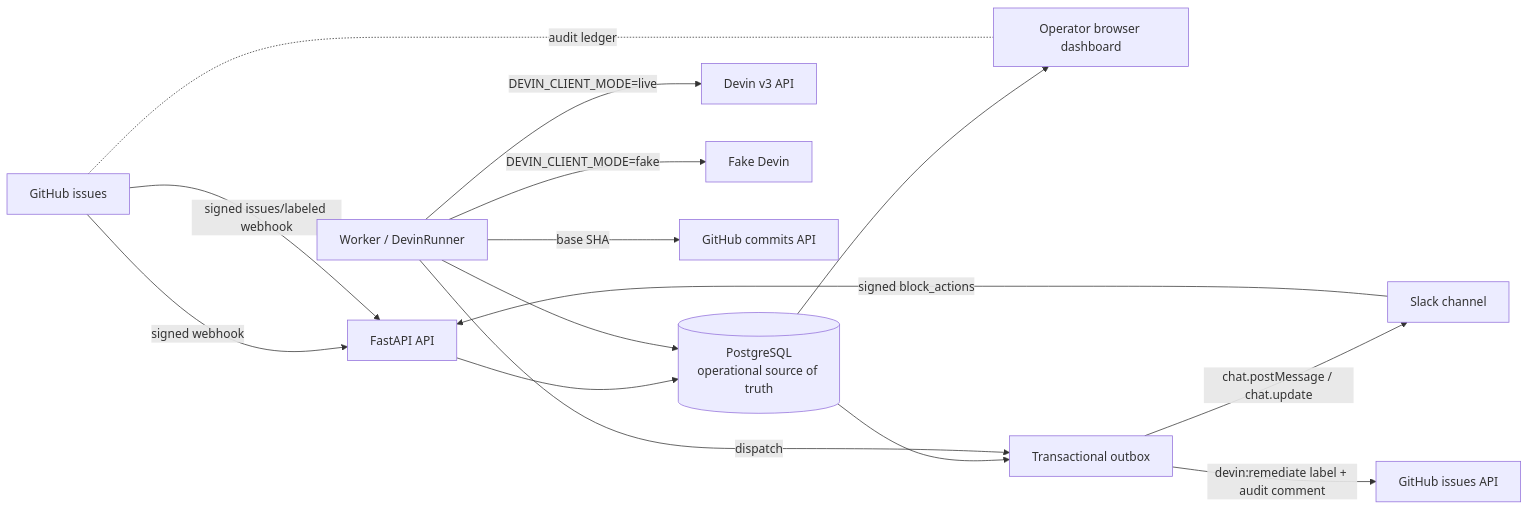
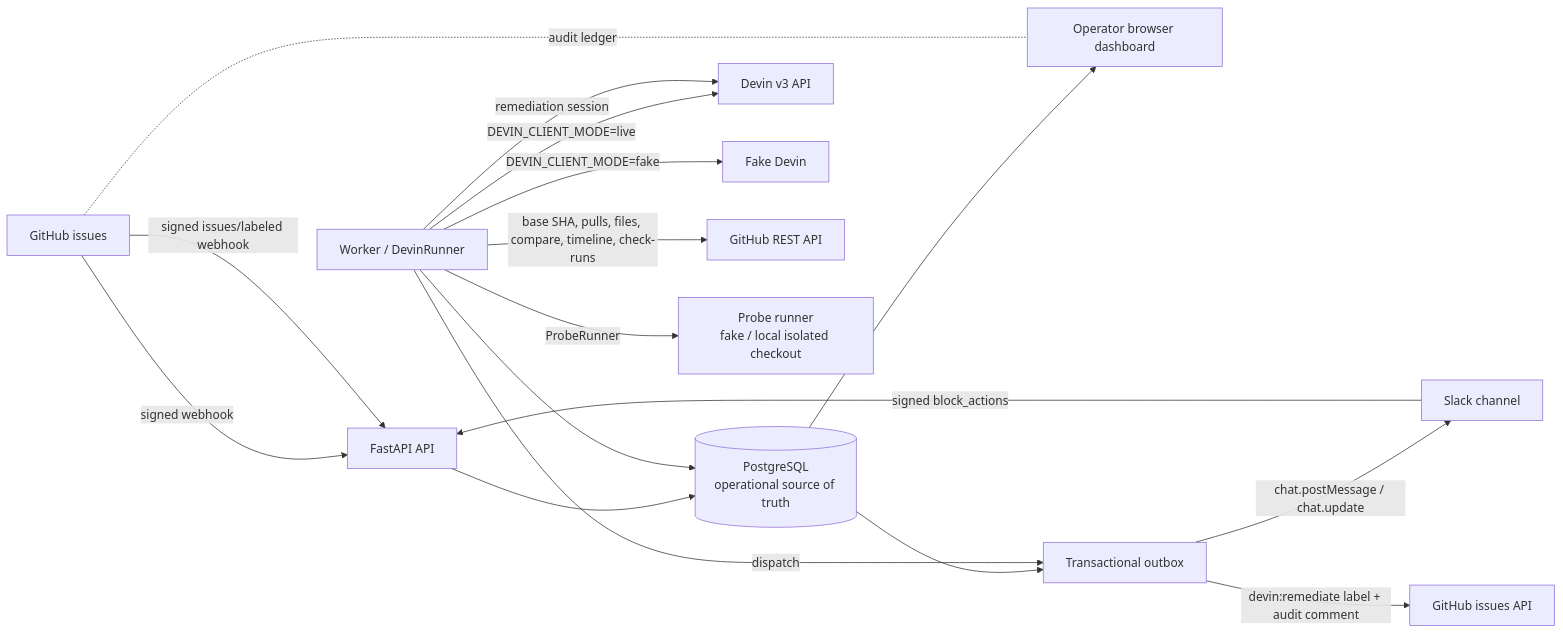
One commit to marcelaubry/superset-devin-remediator changed the first of 2 diagrams in docs/architecture.md. Above: the diagram before and after it, drawn with Mermaid. The commit also changed other lines of this file and 93 other files, not shown here.

````diff
--- a/docs/architecture.md
+++ b/docs/architecture.md
@@ -45,17 +62,19 @@
 ```mermaid
 flowchart LR
   GH[GitHub issues] -->|signed webhook| API[FastAPI API]
   API --> DB[(PostgreSQL\noperational source of truth)]
   W[Worker / DevinRunner] --> DB
   W -->|DEVIN_CLIENT_MODE=live| L[Devin v3 API]
   W -->|DEVIN_CLIENT_MODE=fake| D[Fake Devin]
-  W -->|base SHA| GHAPI[GitHub commits API]
+  W -->|base SHA, pulls, files, compare, timeline, check-runs| GHAPI[GitHub REST API]
+  W -->|ProbeRunner| P[Probe runner\nfake / local isolated checkout]
+  W -->|remediation session| L
   DB --> UI[Operator browser dashboard]
   DB --> O[Transactional outbox]
   W -->|dispatch| O
   O -->|chat.postMessage / chat.update| SL[Slack channel]
   SL -->|signed block_actions| API
   O -->|devin:remediate label + audit comment| GHAPI2[GitHub issues API]
   GH -->|signed issues/labeled webhook| API
   GH -. audit ledger .- UI
 ```
````
